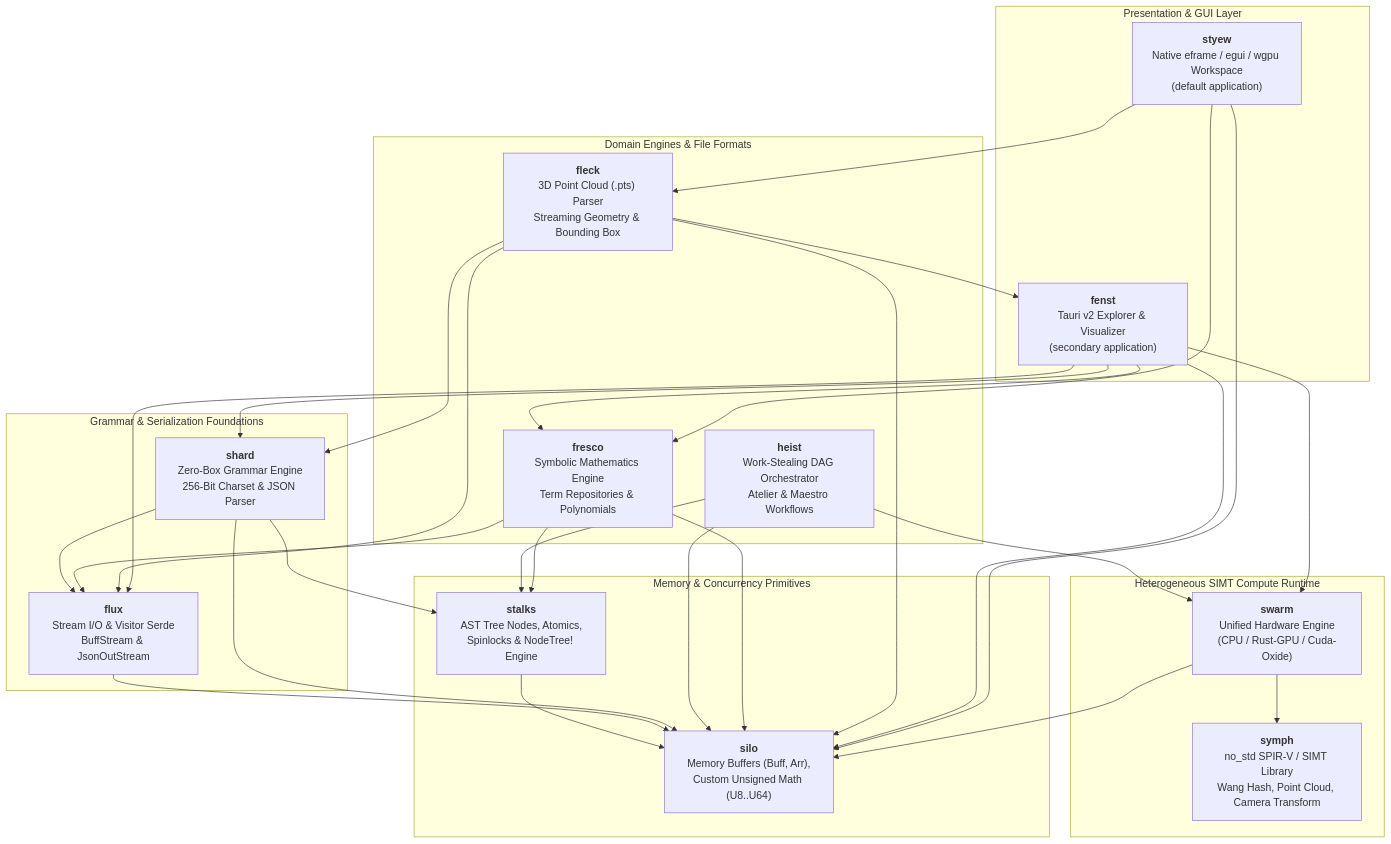
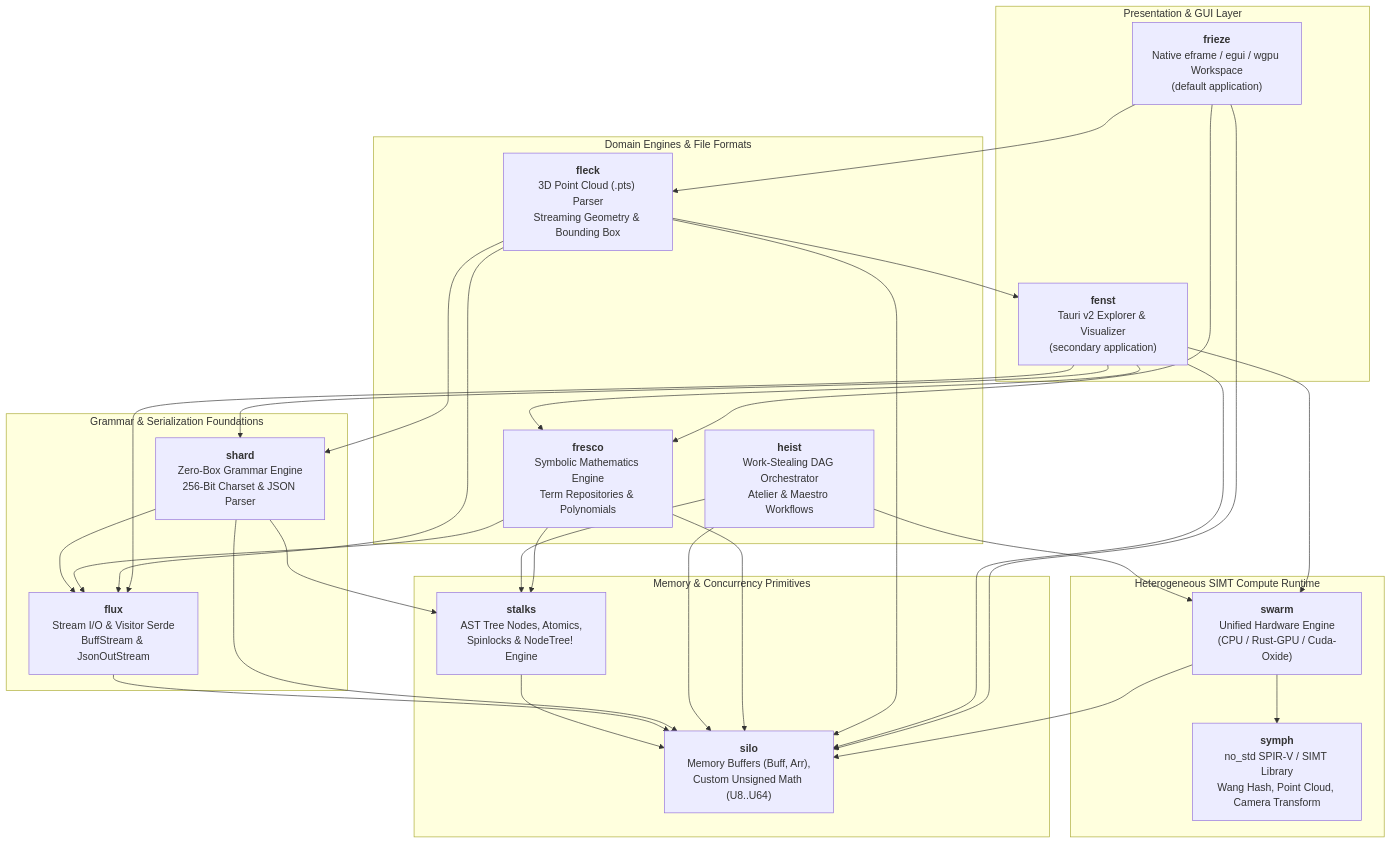
Before and after one commit to jswarup/Kosh: the diagram in README.md, drawn with Mermaid. The commit also changed other lines of this file and 16 other files, not shown here.

First line of the commit message:
Rename styew to frieze

````diff
--- a/README.md
+++ b/README.md
@@ -14,60 +14,60 @@
 ```mermaid
 graph TD
     subgraph AppLayer ["Presentation & GUI Layer"]
-        Styew["<b>styew</b><br/>Native eframe / egui / wgpu Workspace<br/>(default application)"]
+        Frieze["<b>frieze</b><br/>Native eframe / egui / wgpu Workspace<br/>(default application)"]
         Fenst["<b>fenst</b><br/>Tauri v2 Explorer & Visualizer<br/>(secondary application)"]
     end
 
     subgraph DomainLayer ["Domain Engines & File Formats"]
         Fleck["<b>fleck</b><br/>3D Point Cloud (.pts) Parser<br/>Streaming Geometry & Bounding Box"]
         Fresco["<b>fresco</b><br/>Symbolic Mathematics Engine<br/>Term Repositories & Polynomials"]
         Heist["<b>heist</b><br/>Work-Stealing DAG Orchestrator<br/>Atelier & Maestro Workflows"]
     end
 
     subgraph ComputeLayer ["Heterogeneous SIMT Compute Runtime"]
         Swarm["<b>swarm</b><br/>Unified Hardware Engine<br/>(CPU / Rust-GPU / Cuda-Oxide)"]
         Symph["<b>symph</b><br/>no_std SPIR-V / SIMT Library<br/>Wang Hash, Point Cloud, Camera Transform"]
     end
 
     subgraph CoreLayer ["Grammar & Serialization Foundations"]
         Shard["<b>shard</b><br/>Zero-Box Grammar Engine<br/>256-Bit Charset & JSON Parser"]
         Flux["<b>flux</b><br/>Stream I/O & Visitor Serde<br/>BuffStream & JsonOutStream"]
     end
 
     subgraph BaseLayer ["Memory & Concurrency Primitives"]
         Stalks["<b>stalks</b><br/>AST Tree Nodes, Atomics,<br/>Spinlocks & NodeTree! Engine"]
         Silo["<b>silo</b><br/>Memory Buffers (Buff, Arr),<br/>Custom Unsigned Math (U8..U64)"]
     end
 
-    Styew --> Fleck
-    Styew --> Fresco
-    Styew --> Silo
+    Frieze --> Fleck
+    Frieze --> Fresco
+    Frieze --> Silo
     Fenst --> Silo
     Fenst --> Flux
     Fenst --> Swarm
     Fenst --> Fresco
     Fenst --> Shard
 
     Fleck --> Shard
     Fleck --> Silo
     Fleck --> Flux
     Fleck --> Fenst
 
     Fresco --> Silo
     Fresco --> Flux
     Fresco --> Stalks
 
     Heist --> Silo
     Heist --> Stalks
     Heist --> Swarm
 
     Swarm --> Silo
     Swarm --> Symph
 
     Shard --> Silo
     Shard --> Stalks
     Shard --> Flux
 
     Flux --> Silo
     Stalks --> Silo
 ```
````
